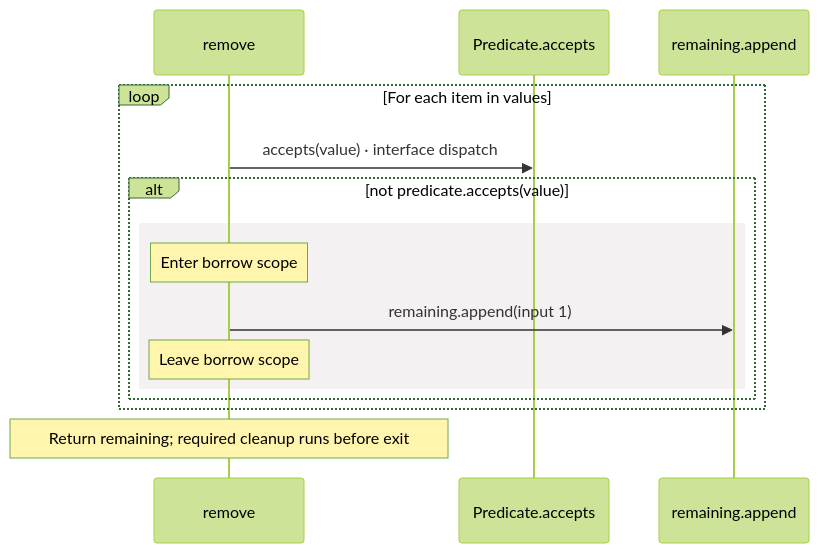
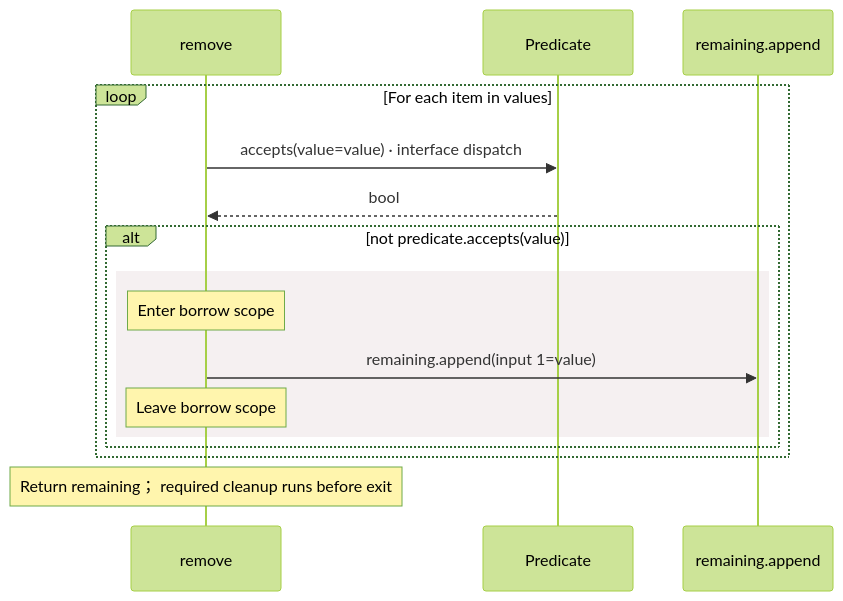
One commit to GreenPandaStudios/augscript changed the sixth of 12 diagrams in src/stdlib/collections/operations.aug.diagrams.md. Above: the diagram before and after it, drawn with Mermaid (forest theme). The commit also changed other lines of this file and 524 other files, not shown here.

Commit message:
Explain checked data flow at folder and service levels

````diff
--- a/src/stdlib/collections/operations.aug.diagrams.md
+++ b/src/stdlib/collections/operations.aug.diagrams.md
@@ -193,17 +177,18 @@
 ```mermaid
 sequenceDiagram
     participant p0 as remove
-    participant p1 as Predicate.accepts
+    participant p1 as Predicate
     participant p2 as remaining.append
     loop For each item in values
-    p0->>p1: accepts(value) · interface dispatch
+    p0->>p1: accepts(value=value) · interface dispatch
+    p1-->>p0: bool
     alt not predicate.accepts(value)
     rect rgb(245, 240, 241)
     Note over p0: Enter borrow scope
-    p0->>p2: remaining.append(input 1)
+    p0->>p2: remaining.append(input 1=value)
     Note over p0: Leave borrow scope
     end
     end
     end
-    Note over p0: Return remaining#59; required cleanup runs before exit
+    Note over p0: Return remaining； required cleanup runs before exit
 ```
````
